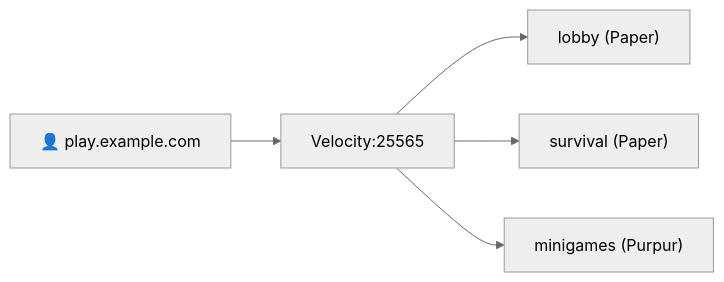
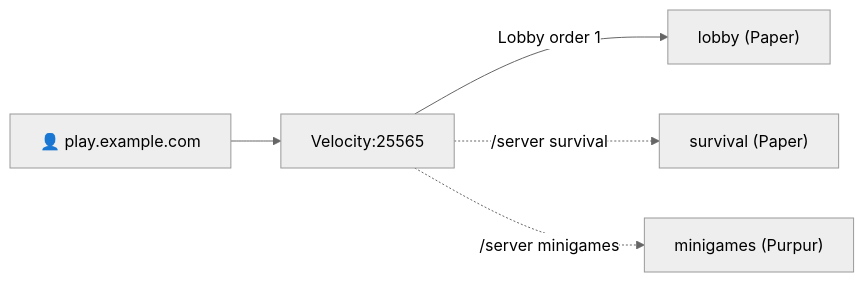
Before and after one commit to Ketbome/minepanel: the sixth of 7 diagrams in doc/networking.md, drawn with Mermaid (neutral theme). The commit also changed other lines of this file and 3 other files, not shown here.

First line of the commit message:
docs(networking): screenshots and diagrams for mc-router and Velocity

````diff
--- a/doc/networking.md
+++ b/doc/networking.md
@@ -362,7 +384,7 @@
 ```mermaid
 flowchart LR
     P["👤 play.example.com"] --> V["Velocity:25565"]
-    V --> L["lobby (Paper)"]
-    V --> S["survival (Paper)"]
-    V --> M["minigames (Purpur)"]
+    V -->|"Lobby order 1"| L["lobby (Paper)"]
+    V -.->|"/server survival"| S["survival (Paper)"]
+    V -.->|"/server minigames"| M["minigames (Purpur)"]
 ```
````
